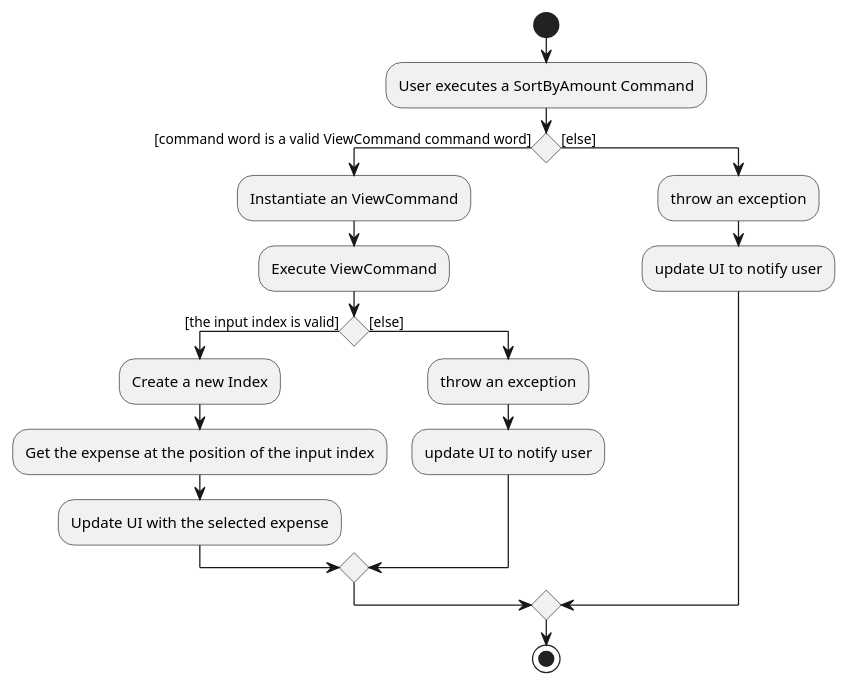
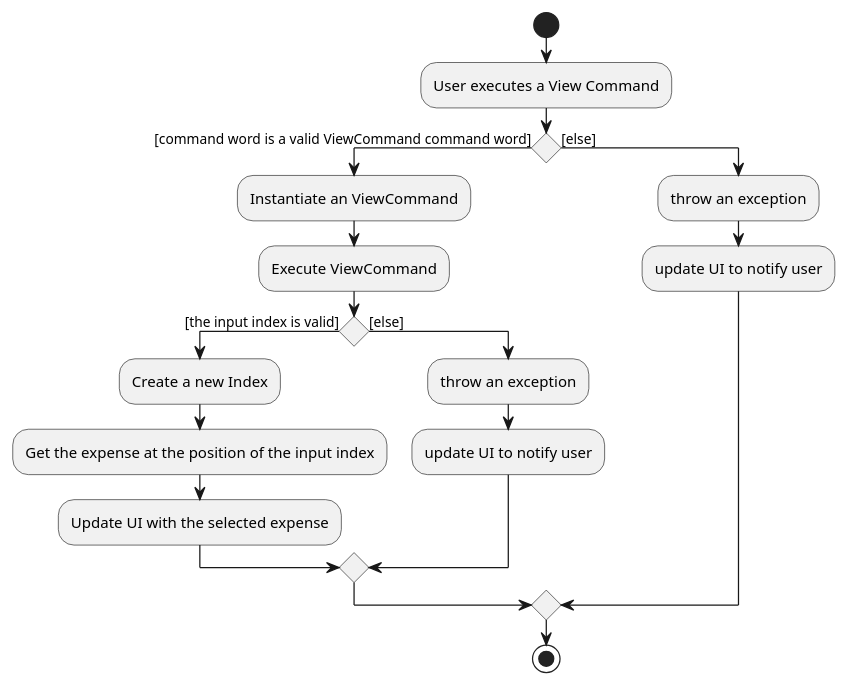
Before and after one commit to yyutong/tp: the diagram in docs/diagrams/ViewActivityDiagram.puml, drawn with PlantUML. The commit also changed 2 other files, not shown here.

```diff
--- a/docs/diagrams/ViewActivityDiagram.puml
+++ b/docs/diagrams/ViewActivityDiagram.puml
@@ -1,24 +1,24 @@
 @startuml
 start
-:User executes a SortByAmount Command;
+:User executes a View Command;
 
 'Since the beta syntax does not support placing the condition outside the
 'diamond we place it as the true branch instead.
 
 if () then ([command word is a valid ViewCommand command word])
     :Instantiate an ViewCommand;
     :Execute ViewCommand;
     if () then ([the input index is valid])
         :Create a new Index;
         :Get the expense at the position of the input index;
         :Update UI with the selected expense;
     else ([else])
         :throw an exception;
         :update UI to notify user;
     endif
 else ([else])
     :throw an exception;
     :update UI to notify user;
 endif
 stop
 @enduml
```
